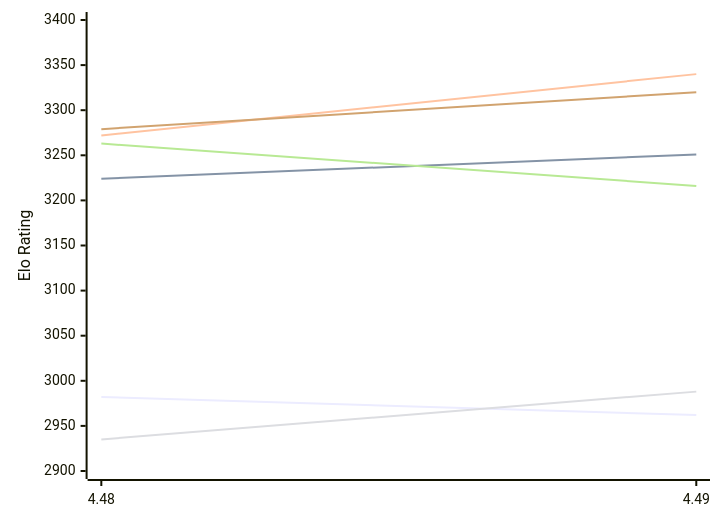
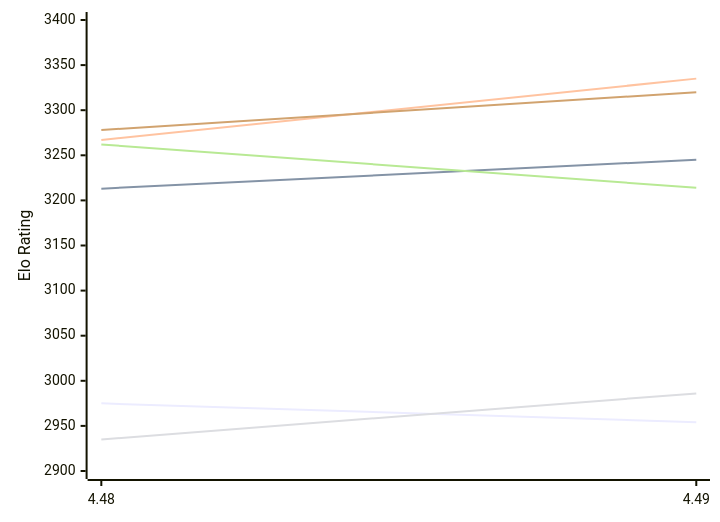
The first of 2 diagrams in engines/Cheng4.md (computer-chess-index/cci), drawn with Mermaid before and after one commit. The commit also changed other lines of this file, not shown here.

Commit message:
Update CCI Ratings (ELO VLTC) - 2026-11-26

````diff
--- a/engines/Cheng4.md
+++ b/engines/Cheng4.md
@@ -50,12 +50,12 @@
 ```mermaid
 %%{init: {"theme":"base","themeVariables":{"seriesColors:['#a3a3a3','#222221','#faa371']}}}%%
 xychart-beta
   x-axis ["4.48", "4.49"]
   y-axis "Elo Rating" 2900 --> 3400
-  line "E1: STC (8.0+0.08s)" [2982, 2962]
-  line "E1: LTC (60.0+0.60s)" [3224, 3251]
-  line "E1: VLTC (2m24s+1.12s)" [3272, 3340]
-  line "P1: STC (8.0+0.08s)" [2935, 2988]
-  line "P1: LTC (60.0+0.60s)" [3263, 3216]
-  line "P1: VLTC (2m24s+1.12s)" [3279, 3320]
+  line "E1: STC (8.0+0.08s)" [2975, 2954]
+  line "E1: LTC (60.0+0.60s)" [3213, 3245]
+  line "E1: VLTC (2m24s+1.12s)" [3267, 3335]
+  line "P1: STC (8.0+0.08s)" [2935, 2986]
+  line "P1: LTC (60.0+0.60s)" [3262, 3214]
+  line "P1: VLTC (2m24s+1.12s)" [3278, 3320]
 ```
````
